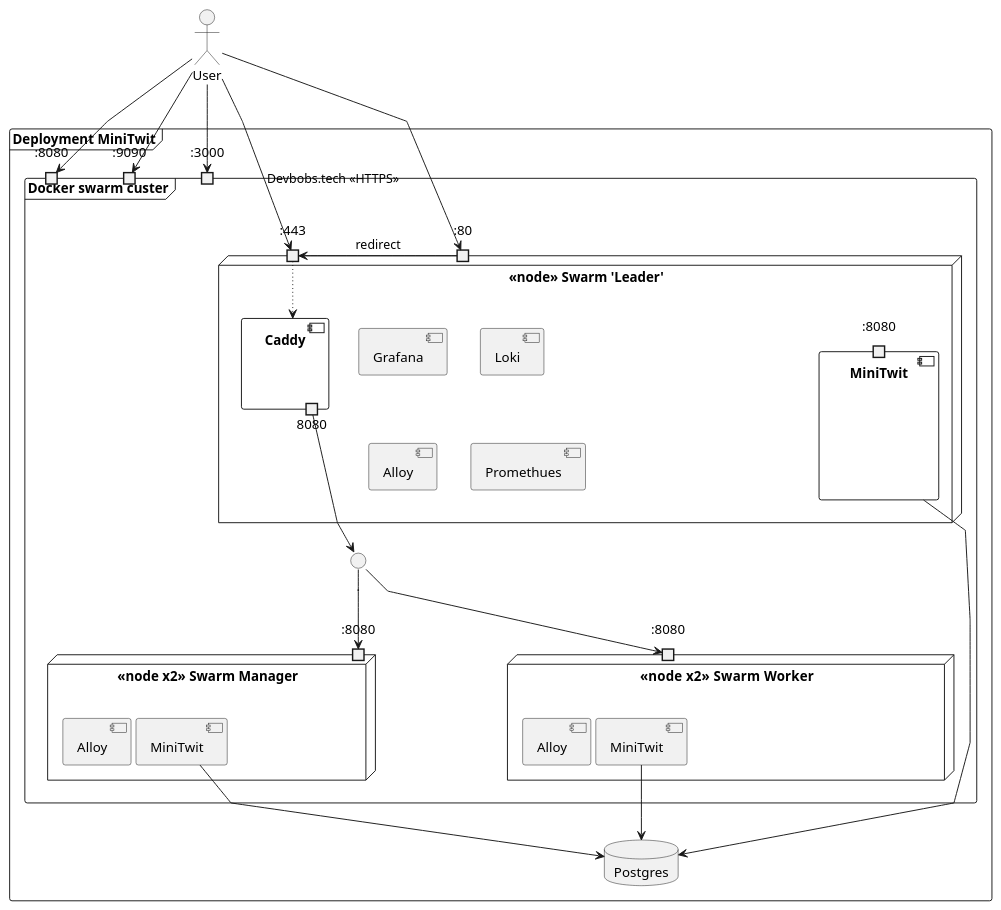
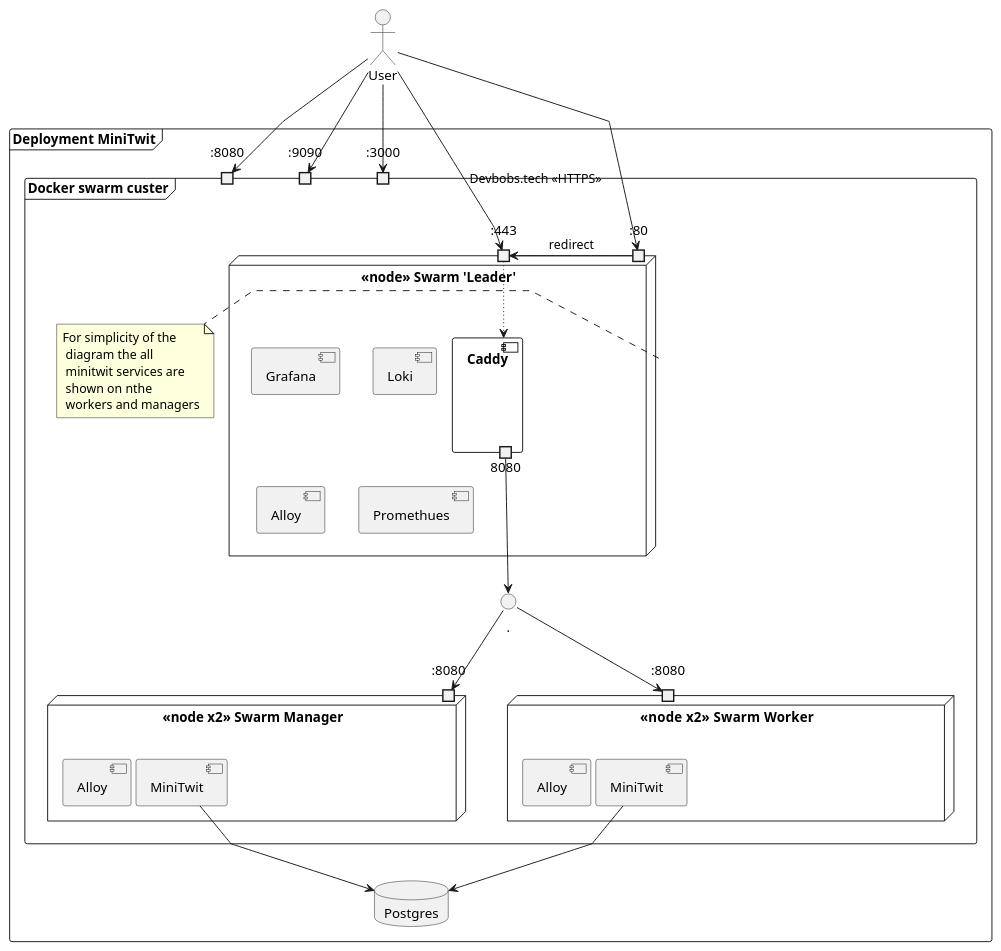
The diagram in report/src/diagrams/deployment-diagram.puml (DevBobs-devops/Devbobs_MiniTwit), drawn with PlantUML before and after one commit.

Commit message:
report: added note to deployment-diagram

```diff
--- a/report/src/diagrams/deployment-diagram.puml
+++ b/report/src/diagrams/deployment-diagram.puml
@@ -1,74 +1,70 @@
 @startuml 
 
 skinparam linetype polyline
 actor User
 
 frame "Deployment MiniTwit" {
     
     frame "Docker swarm custer" as cluster {
         port ":8080" as 8080m1
         port ":9090" as 9090
         port ":3000" as 3000
 
-        node "<<node>> Swarm 'Leader'" {
+        node "<<node>> Swarm 'Leader'" as leader {
             port ":443" as 443
             port ":80" as 80
-
-            component MiniTwit as minitwit_leader{
-                portin ":8080" as min_1
-            }
-            
             component Grafana
             component Loki
             component Alloy as alloy_leader
             component Promethues
             component Caddy {
                 portout "8080" as cad_out
             }
-    }
+        }
+        note right of leader : For simplicity of the \n diagram the all \n minitwit services are \n shown on nthe \n workers and managers
+
 
     circle "." as circle
 
     together {
         node "<<node x2>> Swarm Manager"  as manager1 {
             portin ":8080" as 8080m2
             component "MiniTwit" as minitwit_manager1
             component Alloy as alloy_manager1
     
         }
         node "<<node x2>>  Swarm Worker" as worker1 {
             portin ":8080" as 8080m4
             component MiniTwit as minitwit_worker1
 
             component Alloy as alloy_worker1
         }
     }
+    
     }
-
-    
     
 
     database Postgres {
     }
 }
 
 'We need to dobble checj how Caddy intercepts the request'
 User --> 443 : Devbobs.tech <<HTTPS>> 
 User --> 80
 'User is redirected to 443'
 80 --> 443 : redirect
 User --> 3000
 User --> 8080m1
 User --> 9090
 
 
 443 -[dotted]-> Caddy
 
 cad_out --> circle
 
 circle --> 8080m2
 circle --> 8080m4
-minitwit_leader --> Postgres
 minitwit_manager1 --> Postgres
 minitwit_worker1 --> Postgres
+
 @enduml
```
